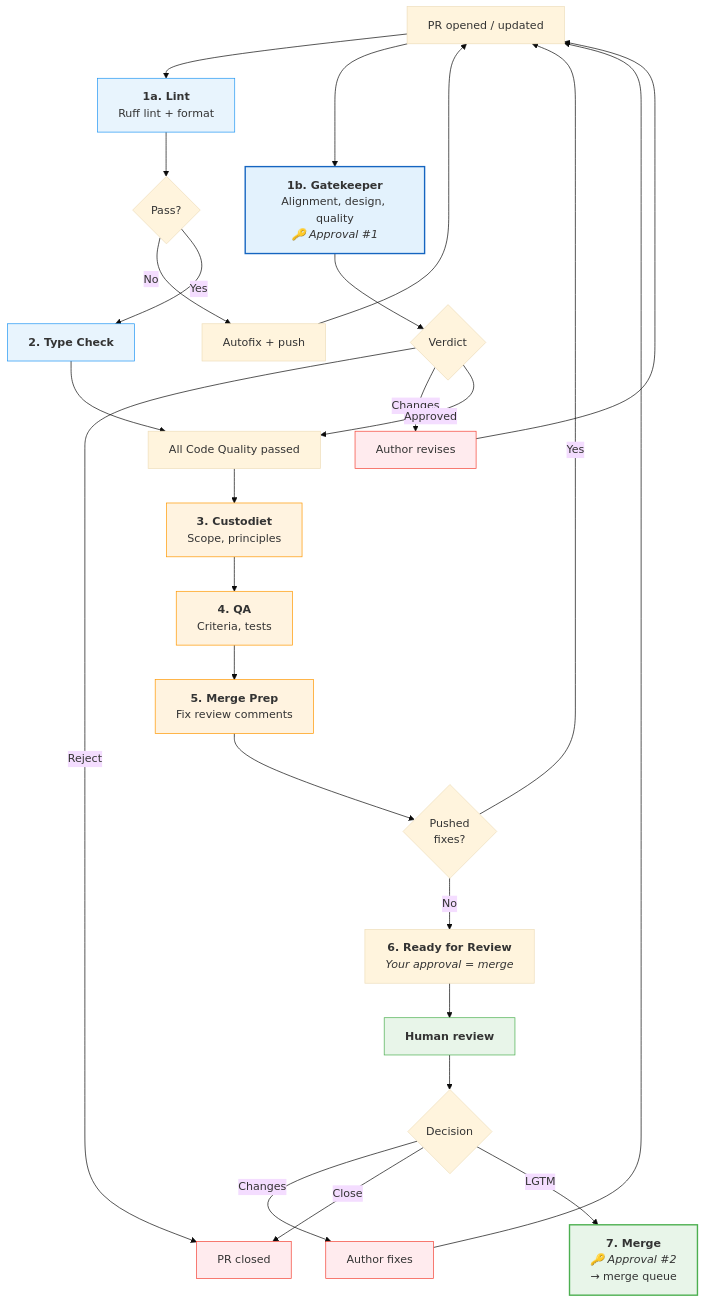
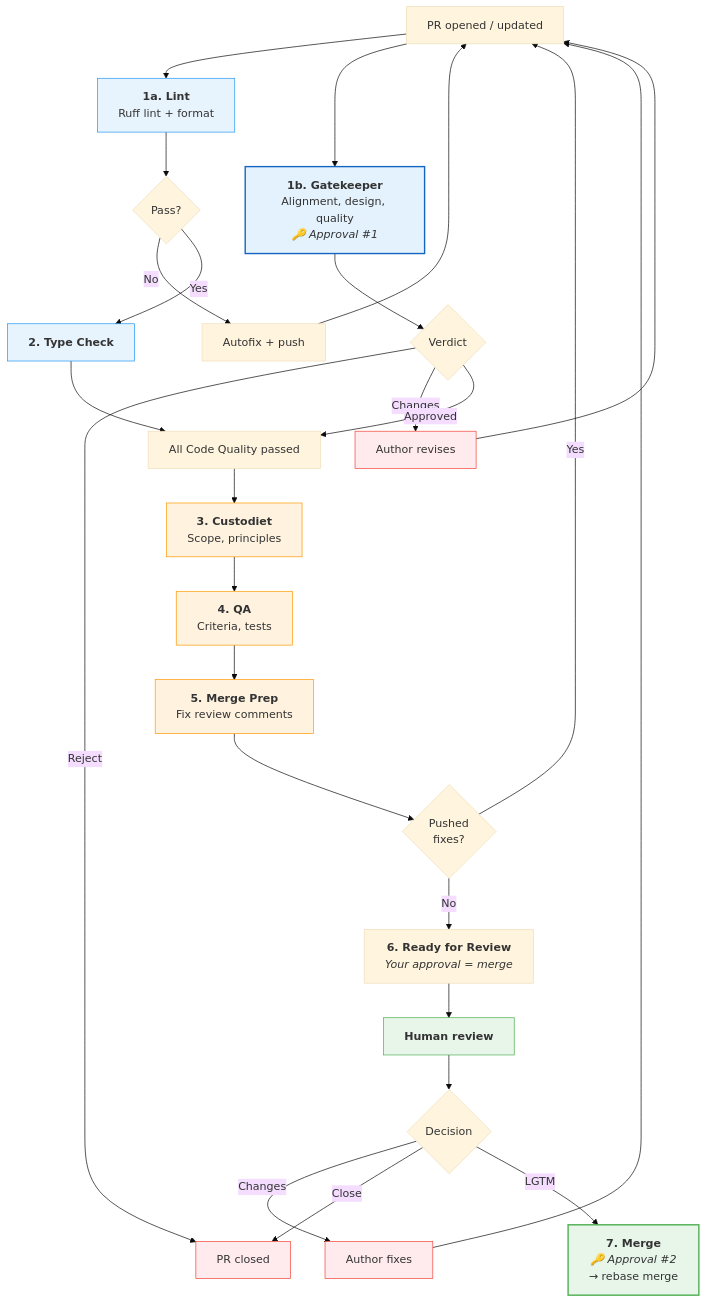
One commit to nicsuzor/academicOps changed the diagram in specs/pr-process.md. Above: the diagram before and after it, drawn with Mermaid (base theme). The commit also changed other lines of this file and 4 other files, not shown here.

````diff
--- a/specs/pr-process.md
+++ b/specs/pr-process.md
@@ -63,52 +63,52 @@
 ```mermaid
 flowchart TD
     PR["PR opened / updated"]
 
     %% ── Code Quality ──
     PR --> Lint["<b>1a. Lint</b><br/>Ruff lint + format"]
     PR --> GK["<b>1b. Gatekeeper</b><br/>Alignment, design, quality<br/><i>🔑 Approval #1</i>"]
 
     Lint --> LintOK{Pass?}
     LintOK -- No --> AutoFix["Autofix + push"]
     AutoFix --> PR
     LintOK -- Yes --> TypeCk["<b>2. Type Check</b>"]
 
     GK --> GKV{Verdict}
     GKV -- Reject --> Close["PR closed"]
     GKV -- Changes --> FixGK["Author revises"]
     FixGK --> PR
 
     %% ── Review Pipeline (only if Code Quality passes) ──
     TypeCk --> AllPass
     GKV -- Approved --> AllPass["All Code Quality passed"]
 
     AllPass --> Cust["<b>3. Custodiet</b><br/>Scope, principles"]
     Cust --> QA["<b>4. QA</b><br/>Criteria, tests"]
     QA --> MP["<b>5. Merge Prep</b><br/>Fix review comments"]
 
     MP --> MPPush{Pushed<br/>fixes?}
     MPPush -- Yes --> PR
     MPPush -- No --> Notify["<b>6. Ready for Review</b><br/><i>Your approval = merge</i>"]
 
     Notify --> Human["<b>Human review</b>"]
     Human --> HV{Decision}
     HV -- Changes --> AuthorFix["Author fixes"]
     AuthorFix --> PR
     HV -- Close --> Close
-    HV -- "LGTM" --> Merge["<b>7. Merge</b><br/><i>🔑 Approval #2</i><br/>→ merge queue"]
+    HV -- "LGTM" --> Merge["<b>7. Merge</b><br/><i>🔑 Approval #2</i><br/>→ rebase merge"]
 
     %% ── Styling ──
     classDef gate fill:#e8f4fd,stroke:#2196f3
     classDef agent fill:#fff3e0,stroke:#ff9800
     classDef gatekeeper fill:#e3f2fd,stroke:#1565c0,stroke-width:2px
     classDef human fill:#e8f5e9,stroke:#4caf50
     classDef fail fill:#ffebee,stroke:#f44336
     classDef success fill:#e8f5e9,stroke:#4caf50,stroke-width:2px
 
     class Lint,TypeCk gate
     class Cust,QA,MP agent
     class GK gatekeeper
     class Human human
     class Close,FixGK,AuthorFix fail
     class Merge success
 ```
````
